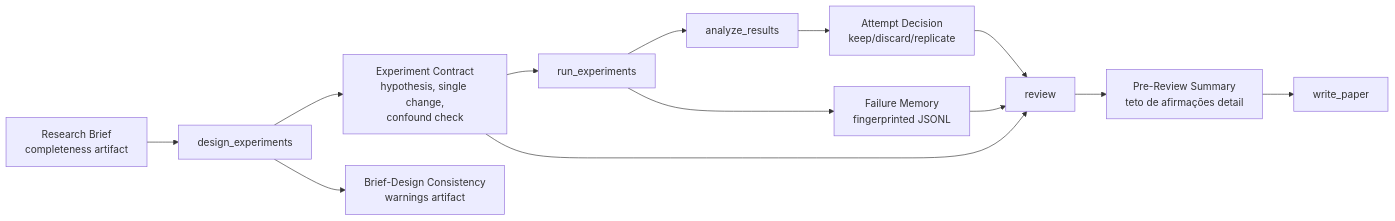
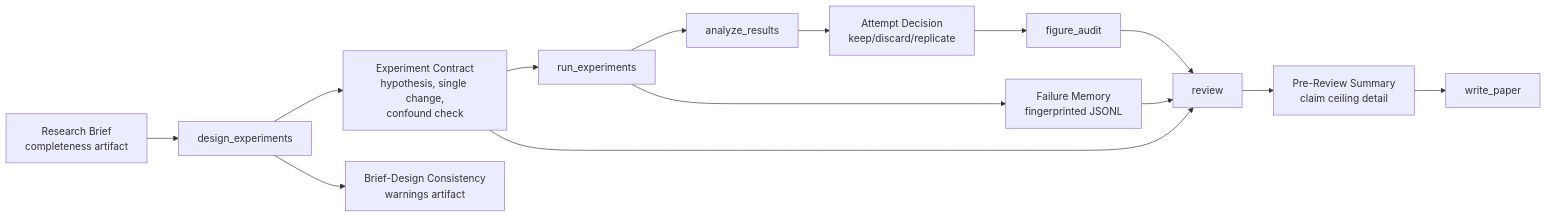
The second of 3 diagrams in docs/README.pt.md (lhy0718/AutoResearch), drawn with Mermaid before and after one commit. The commit also changed other lines of this file and 9 other files, not shown here.

````diff
--- a/docs/README.pt.md
+++ b/docs/README.pt.md
@@ -317,15 +471,16 @@
 ```mermaid
 flowchart LR
     Brief["Research Brief<br/>completeness artifact"] --> Design["design_experiments"]
     Design --> Contract["Experiment Contract<br/>hypothesis, single change,<br/>confound check"]
     Design --> Consistency["Brief-Design Consistency<br/>warnings artifact"]
     Contract --> Run["run_experiments"]
     Run --> Failures["Failure Memory<br/>fingerprinted JSONL"]
     Run --> Analyze["analyze_results"]
     Analyze --> Decision["Attempt Decision<br/>keep/discard/replicate"]
-    Decision --> Review["review"]
+    Decision --> FigureAudit["figure_audit"]
+    FigureAudit --> Review["review"]
     Failures --> Review
     Contract --> Review
-    Review --> Ceiling["Pre-Review Summary<br/>teto de afirmações detail"]
+    Review --> Ceiling["Pre-Review Summary<br/>claim ceiling detail"]
     Ceiling --> Paper["write_paper"]
 ```
````
